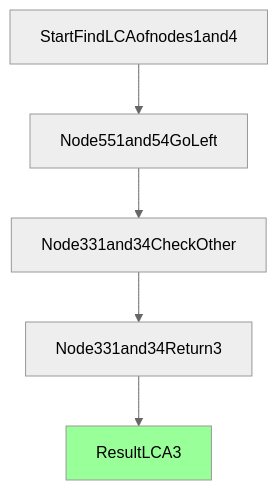
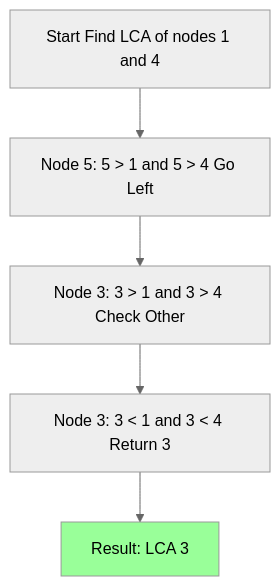
Before and after one commit to proxyroot/proxyroot.github.io: the fourth of 4 diagrams in _posts/2024-06-01-bst-overview.markdown, drawn with Mermaid (neutral theme). The commit also changed other lines of this file, not shown here.

````diff
--- a/_posts/2024-06-01-bst-overview.markdown
+++ b/_posts/2024-06-01-bst-overview.markdown
@@ -170,11 +170,11 @@
 ```mermaid
 graph TD
-    Start[StartFindLCAofnodes1and4]
-    N5[Node551and54GoLeft]
-    N3[Node331and34CheckOther]
-    N3Check[Node331and34Return3]
-    Result[ResultLCA3]
+    Start[Start Find LCA of nodes 1 and 4]
+    N5[Node 5: 5 > 1 and 5 > 4 Go Left]
+    N3[Node 3: 3 > 1 and 3 > 4 Check Other]
+    N3Check[Node 3: 3 < 1 and 3 < 4 Return 3]
+    Result[Result: LCA 3]
 
     Start --> N5 --> N3 --> N3Check --> Result
     style Result fill:#99ff99
 ```
````
